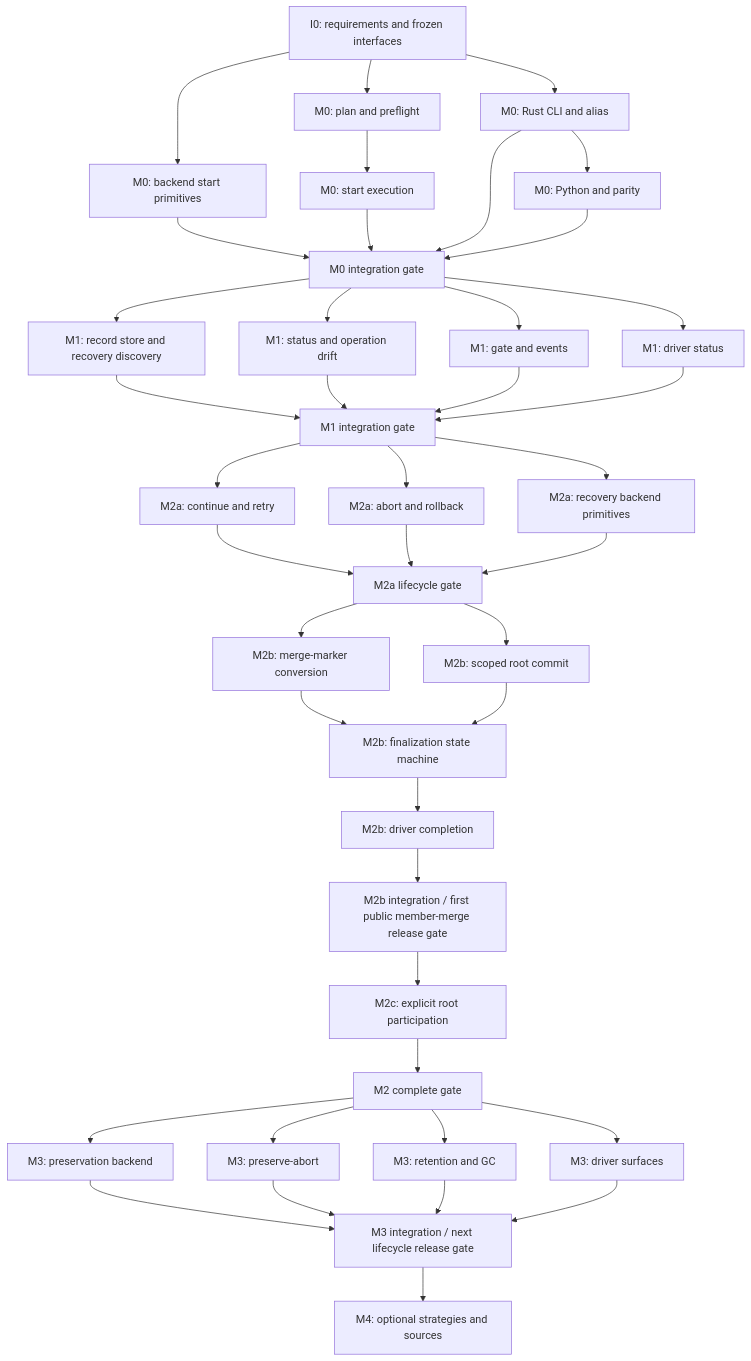
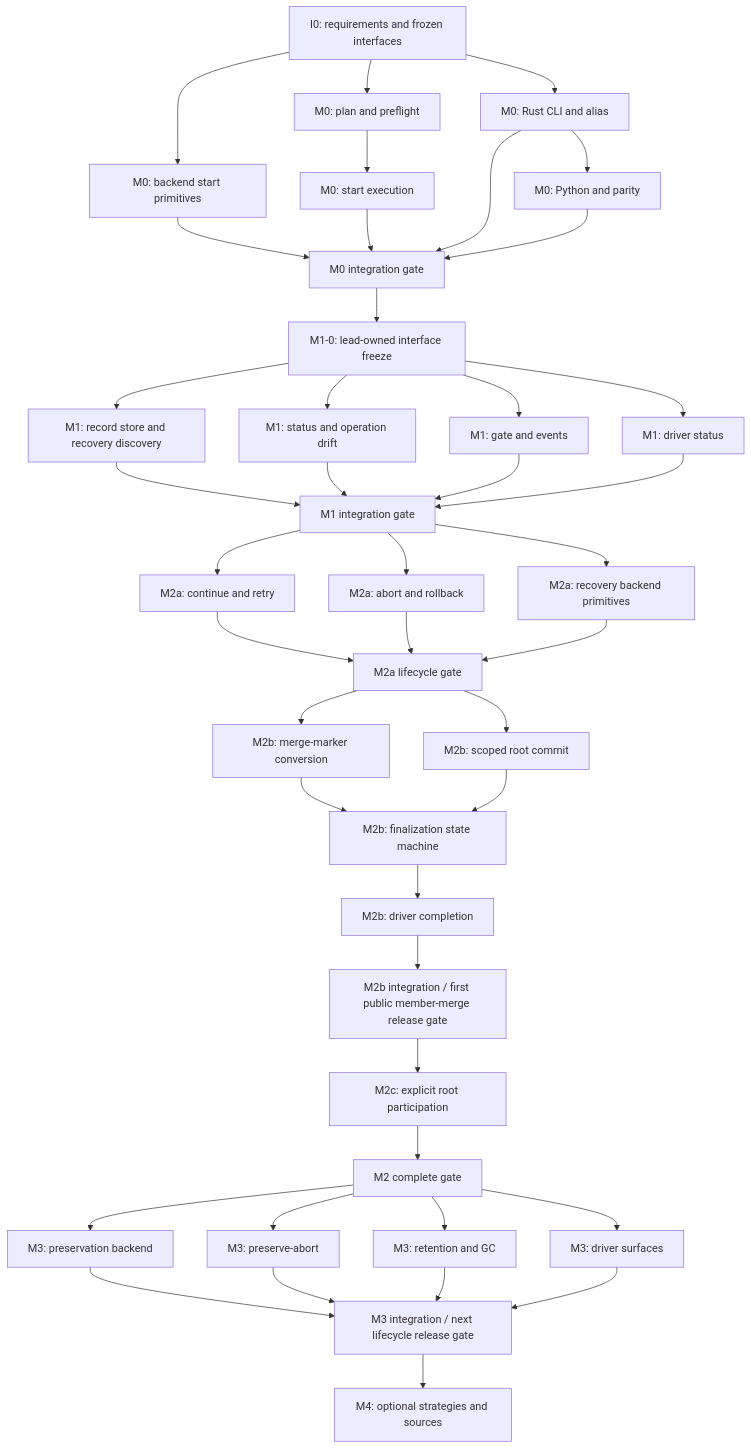
One commit to owebeeone/gwz-core changed the diagram in dev-docs/GwzMergePlan.md. Above: the diagram before and after it, drawn with Mermaid. The commit also changed other lines of this file and 14 other files, not shown here.

````diff
--- a/dev-docs/GwzMergePlan.md
+++ b/dev-docs/GwzMergePlan.md
@@ -426,43 +427,44 @@
 ```mermaid
 flowchart TD
     I0["I0: requirements and frozen interfaces"] --> M0A["M0: backend start primitives"]
     I0 --> M0B1["M0: plan and preflight"]
     M0B1 --> M0B2["M0: start execution"]
     I0 --> M0C1["M0: Rust CLI and alias"]
     M0C1 --> M0C2["M0: Python and parity"]
     M0A --> G0["M0 integration gate"]
     M0B2 --> G0
     M0C1 --> G0
     M0C2 --> G0
-    G0 --> M1A["M1: record store and recovery discovery"]
-    G0 --> M1B["M1: status and operation drift"]
-    G0 --> M1C1["M1: gate and events"]
-    G0 --> M1C2["M1: driver status"]
+    G0 --> M10["M1-0: lead-owned interface freeze"]
+    M10 --> M1A["M1: record store and recovery discovery"]
+    M10 --> M1B["M1: status and operation drift"]
+    M10 --> M1C1["M1: gate and events"]
+    M10 --> M1C2["M1: driver status"]
     M1A --> G1["M1 integration gate"]
     M1B --> G1
     M1C1 --> G1
     M1C2 --> G1
     G1 --> M2A["M2a: continue and retry"]
     G1 --> M2B["M2a: abort and rollback"]
     G1 --> M2C["M2a: recovery backend primitives"]
     M2A --> G2A["M2a lifecycle gate"]
     M2B --> G2A
     M2C --> G2A
     G2A --> M2M["M2b: merge-marker conversion"]
     G2A --> M2G["M2b: scoped root commit"]
     M2M --> M2F["M2b: finalization state machine"]
     M2G --> M2F
     M2F --> M2D["M2b: driver completion"]
     M2D --> G2B["M2b integration / first public member-merge release gate"]
     G2B --> M2R["M2c: explicit root participation"]
     M2R --> G2C["M2 complete gate"]
     G2C --> M3A["M3: preservation backend"]
     G2C --> M3B["M3: preserve-abort"]
     G2C --> M3C1["M3: retention and GC"]
     G2C --> M3C2["M3: driver surfaces"]
     M3A --> G3["M3 integration / next lifecycle release gate"]
     M3B --> G3
     M3C1 --> G3
     M3C2 --> G3
     G3 --> M4["M4: optional strategies and sources"]
 ```
````
